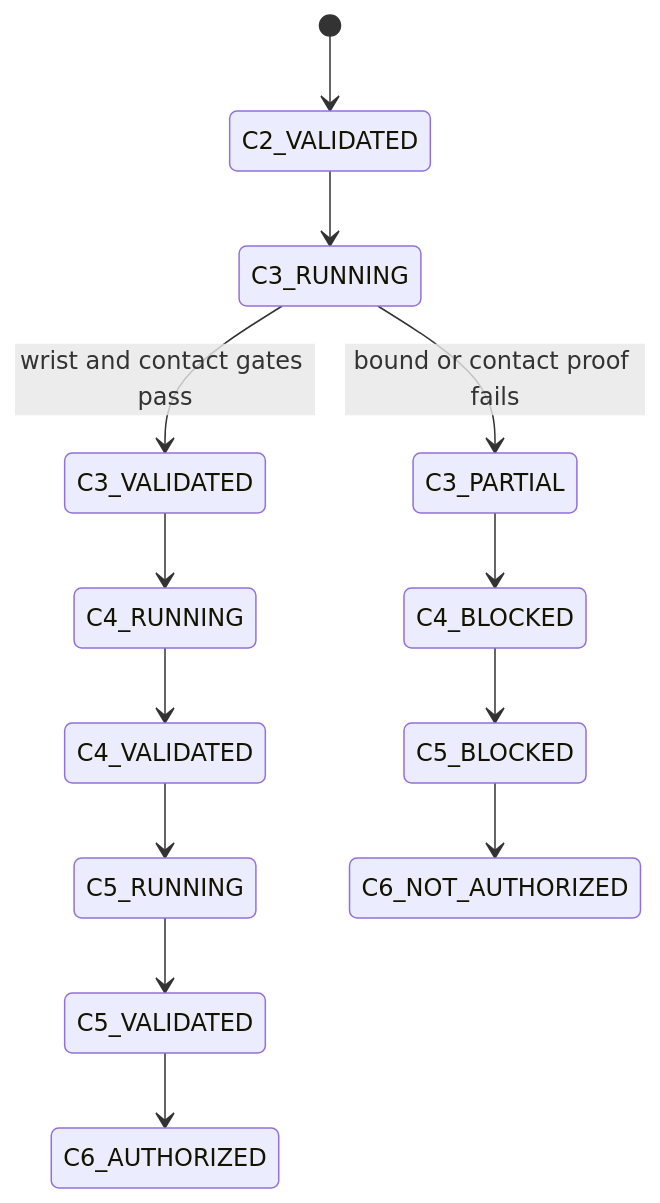
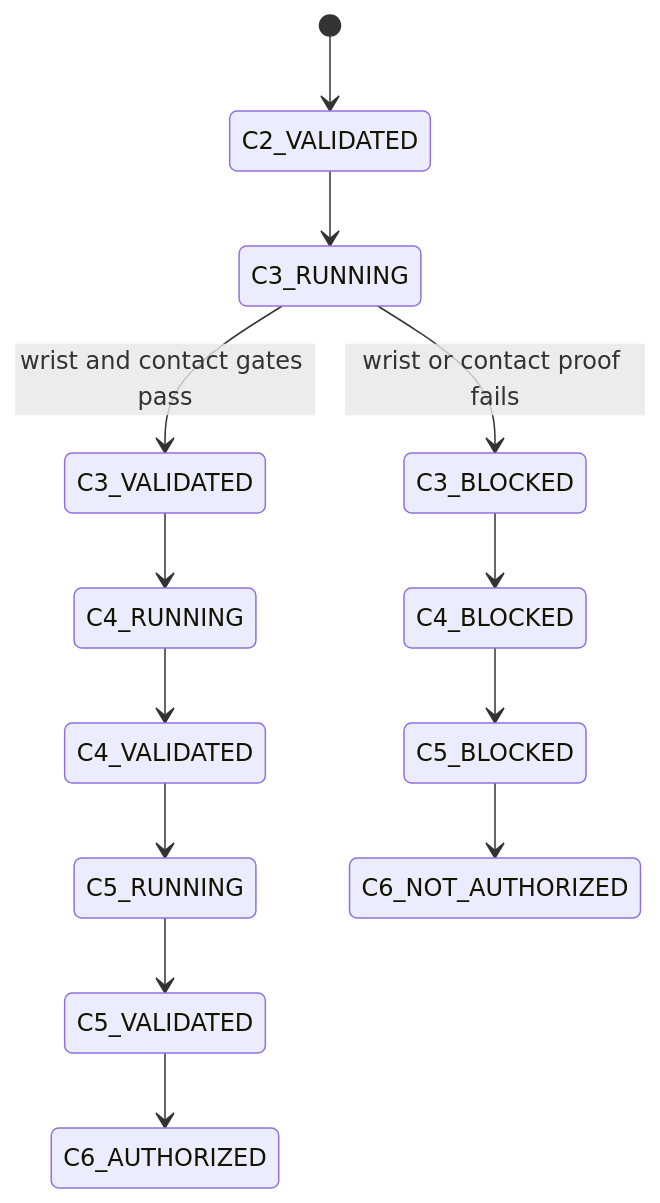
One commit to Key-Zzs/TopoRetarget-Repro changed the diagram in docs/rl/FAILURE_RECOVERY_STATE_MACHINE.md. Above: the diagram before and after it, drawn with Mermaid. The commit also changed other lines of this file and 21 other files, not shown here.

````diff
--- a/docs/rl/FAILURE_RECOVERY_STATE_MACHINE.md
+++ b/docs/rl/FAILURE_RECOVERY_STATE_MACHINE.md
@@ -72,15 +72,15 @@
 ```mermaid
 stateDiagram-v2
     [*] --> C2_VALIDATED
     C2_VALIDATED --> C3_RUNNING
     C3_RUNNING --> C3_VALIDATED: wrist and contact gates pass
-    C3_RUNNING --> C3_PARTIAL: bound or contact proof fails
+    C3_RUNNING --> C3_BLOCKED: wrist or contact proof fails
     C3_VALIDATED --> C4_RUNNING
     C4_RUNNING --> C4_VALIDATED
     C4_VALIDATED --> C5_RUNNING
     C5_RUNNING --> C5_VALIDATED
     C5_VALIDATED --> C6_AUTHORIZED
-    C3_PARTIAL --> C4_BLOCKED
+    C3_BLOCKED --> C4_BLOCKED
     C4_BLOCKED --> C5_BLOCKED
     C5_BLOCKED --> C6_NOT_AUTHORIZED
 ```
````
